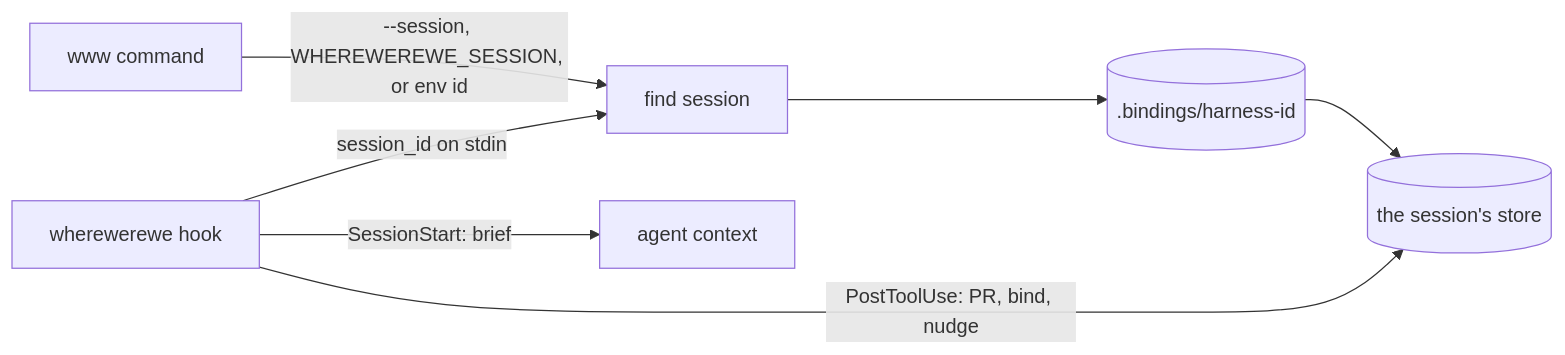
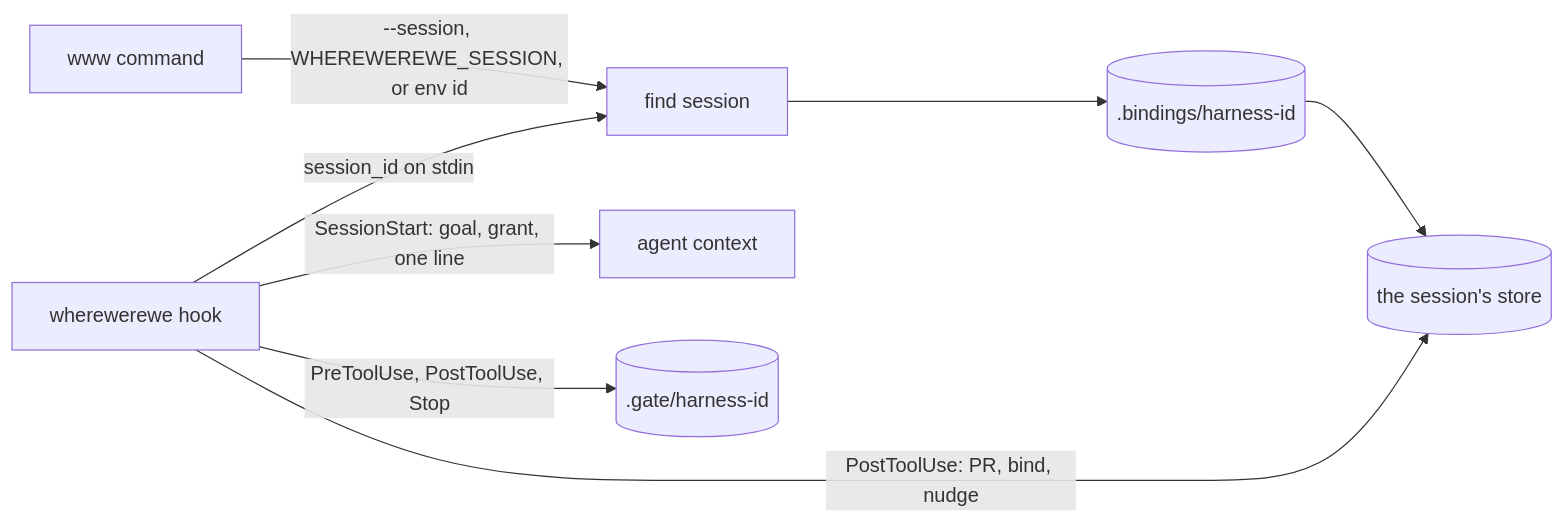
The diagram in docs/design/wherewerewe/sessions-and-hooks.md (zgeoff/wherewerewe), drawn with Mermaid before and after one commit. The commit also changed other lines of this file and 18 other files, not shown here.

````diff
--- a/docs/design/wherewerewe/sessions-and-hooks.md
+++ b/docs/design/wherewerewe/sessions-and-hooks.md
@@ -10,9 +10,10 @@
 ```mermaid
 flowchart LR
   cmd[www command] -->|"--session, WHEREWEREWE_SESSION, or env id"| find[find session]
   hook[wherewerewe hook] -->|"session_id on stdin"| find
   find --> bind[(.bindings/harness-id)]
   bind --> store[(the session's store)]
-  hook -->|"SessionStart: brief"| ctx[agent context]
+  hook -->|"SessionStart: goal, grant, one line"| ctx[agent context]
+  hook -->|"PreToolUse, PostToolUse, Stop"| gate[(.gate/harness-id)]
   hook -->|"PostToolUse: PR, bind, nudge"| store
 ```
````
